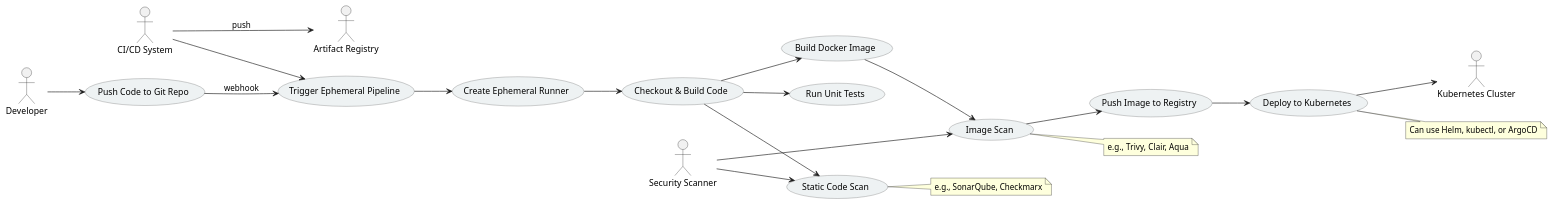
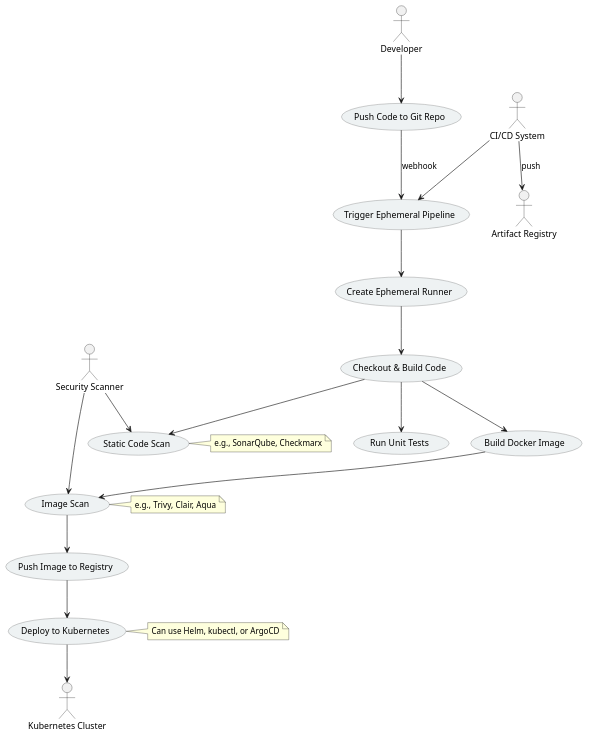
The diagram in src/cicd_pipelines/ephemeral_cicd_pipeline_use_case_diagram.plantuml (drkiettran/uml_modeling), drawn with PlantUML before and after one commit. The commit also changed 16 other files, not shown here.

Commit message:
Added more diagrams

```diff
--- a/src/cicd_pipelines/ephemeral_cicd_pipeline_use_case_diagram.plantuml
+++ b/src/cicd_pipelines/ephemeral_cicd_pipeline_use_case_diagram.plantuml
@@ -1,46 +1,47 @@
 @startuml
-	left to right direction
+	' left to right direction
+	top to bottom direction
 	skinparam packageStyle rectangle
 	skinparam usecase {
 	  BackgroundColor #EEF2F3
 	  BorderColor #666
 	}
 	
 	actor Developer
 	actor "CI/CD System" as CICD
 	actor "Security Scanner" as Scanner
 	actor "Artifact Registry" as Registry
 	actor "Kubernetes Cluster" as K8s
 	
 	Developer --> (Push Code to Git Repo)
 	(Push Code to Git Repo) --> (Trigger Ephemeral Pipeline) : webhook
 	
 	CICD --> (Trigger Ephemeral Pipeline)
 	(Trigger Ephemeral Pipeline) --> (Create Ephemeral Runner)
 	(Create Ephemeral Runner) --> (Checkout & Build Code)
 	(Checkout & Build Code) --> (Run Unit Tests)
 	
 	(Checkout & Build Code) --> (Static Code Scan)
 	Scanner --> (Static Code Scan)
 	
 	(Checkout & Build Code) --> (Build Docker Image)
 	(Build Docker Image) --> (Image Scan)
 	Scanner --> (Image Scan)
 	
 	(Image Scan) --> (Push Image to Registry)
 	CICD --> Registry : push
 	(Push Image to Registry) --> (Deploy to Kubernetes)
 	(Deploy to Kubernetes) --> K8s
 	
 	note right of (Static Code Scan)
 		e.g., SonarQube, Checkmarx
 	end note
 	
 	note right of (Image Scan)
 		e.g., Trivy, Clair, Aqua
 	end note
 	
 	note right of (Deploy to Kubernetes)
 		Can use Helm, kubectl, or ArgoCD
 	end note
 @enduml
```
